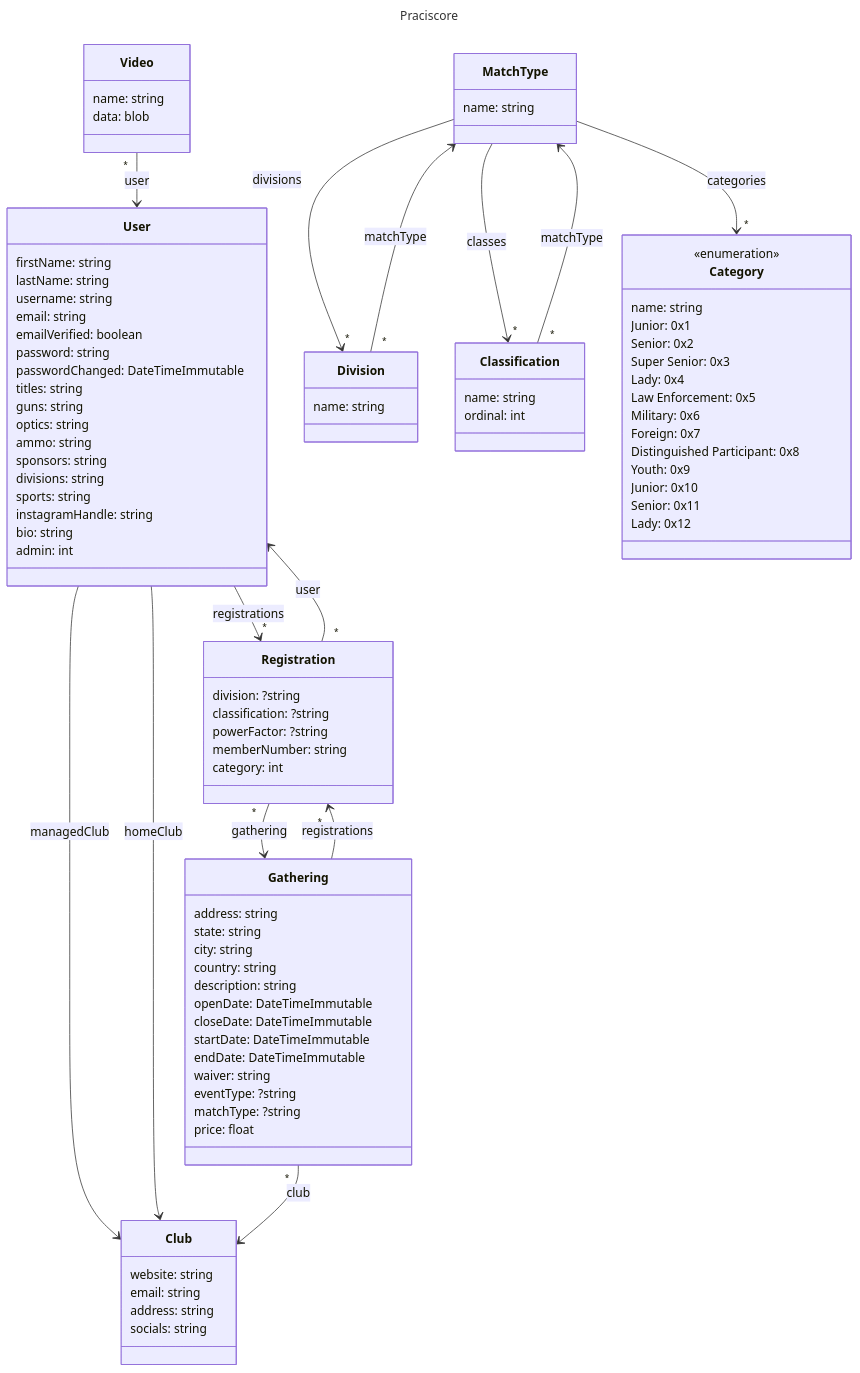
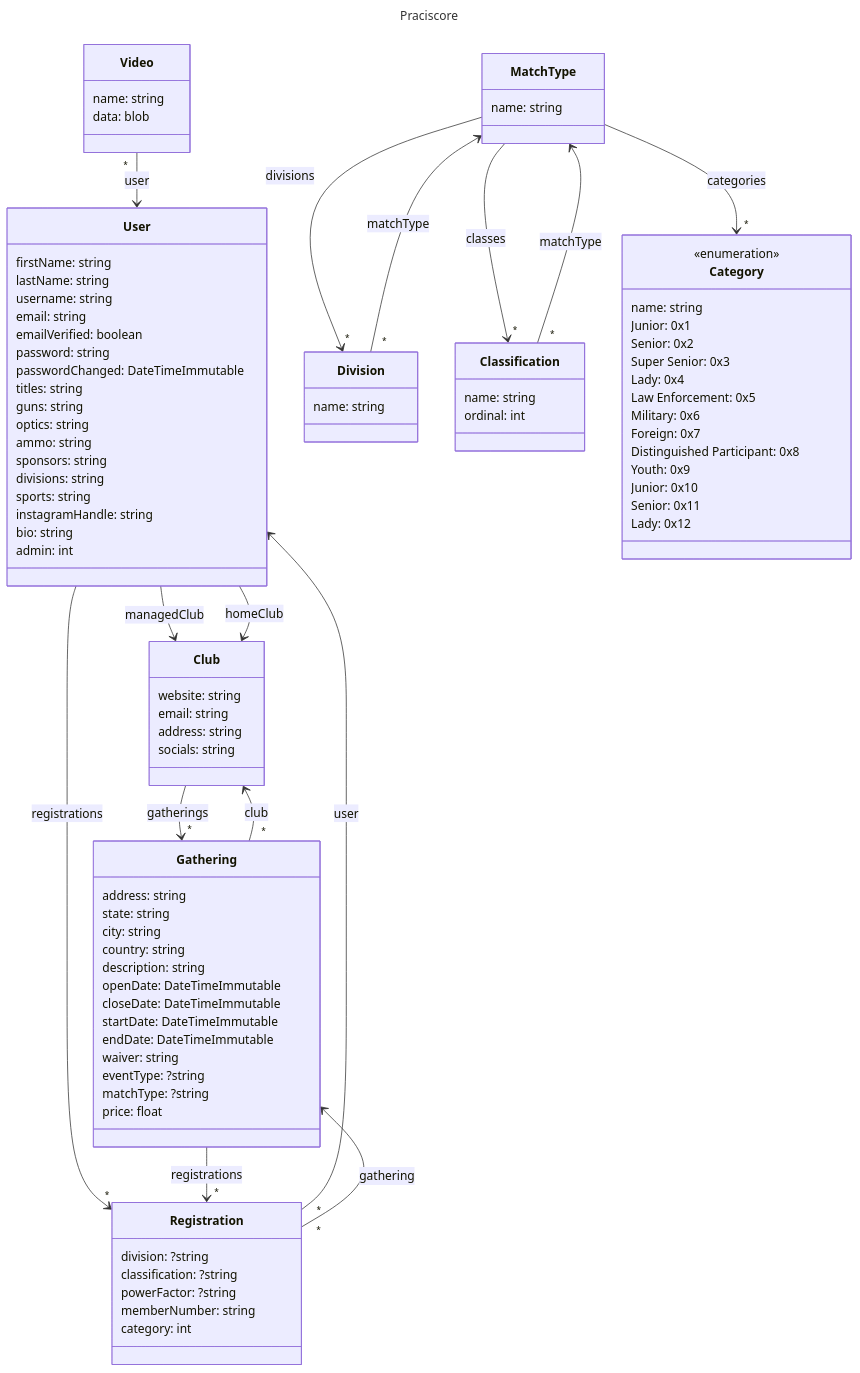
One commit to DankYoda/Practiscore changed the diagram in docs/class_diagram.mmd. Above: the diagram before and after it, drawn with Mermaid. The commit also changed 3 other files, not shown here.

```diff
--- a/docs/class_diagram.mmd
+++ b/docs/class_diagram.mmd
@@ -1,102 +1,102 @@
 ---
 title: Praciscore
 ---
 classDiagram
     User --> Club: managedClub
     User --> Club: homeClub
     User --> "*" Registration: registrations
     class User {
         firstName: string
         lastName: string
         username: string
         email: string
         emailVerified: boolean
         password: string
         passwordChanged: DateTimeImmutable
         titles: string
         guns: string
         optics: string
         ammo: string
         sponsors: string
         divisions: string
         sports: string
         instagramHandle: string
         bio: string
         admin: int
     }
-
+    Club --> "*" Gathering: gatherings
     class Club {
         website: string
         email: string
         address: string
         socials: string
     }
 
     Registration "*" --> User: user
     Registration "*" --> Gathering: gathering
     class Registration {
         division: ?string
         classification: ?string
         powerFactor: ?string
         memberNumber: string
         category: int
     }
 
     Gathering --> "*" Registration: registrations
     Gathering "*" --> Club: club
     class Gathering {
         address: string
         state: string
         city: string
         country: string
         description: string
         openDate: DateTimeImmutable
         closeDate: DateTimeImmutable
         startDate: DateTimeImmutable
         endDate: DateTimeImmutable
         waiver: string
         eventType: ?string
         matchType: ?string
         price: float
     }
     MatchType --> "*" Division: divisions
     MatchType --> "*" Classification: classes
     MatchType --> "*" Category: categories
     class MatchType {
         name: string
     }
     Division "*" --> MatchType: matchType
     class Division {
         name: string
     }
     Classification "*" --> MatchType: matchType
     class Classification {
         name: string
         ordinal: int
     }
 
     class Category {
         name: string
     }
 
     class Category {
         <<enumeration>>
         Junior: 0x1
         Senior: 0x2
         Super Senior: 0x3
         Lady: 0x4
         Law Enforcement: 0x5
         Military: 0x6
         Foreign: 0x7
         Distinguished Participant: 0x8
         Youth: 0x9
         Junior: 0x10
         Senior: 0x11
         Lady: 0x12
     }
 
     Video "*" --> User: user
     class Video {
         name: string
         data: blob
     }
```
